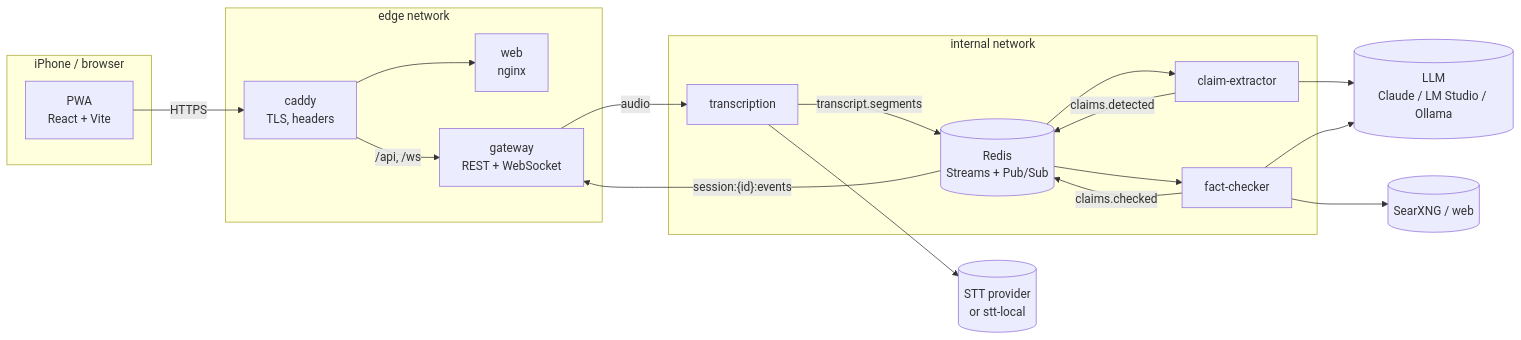
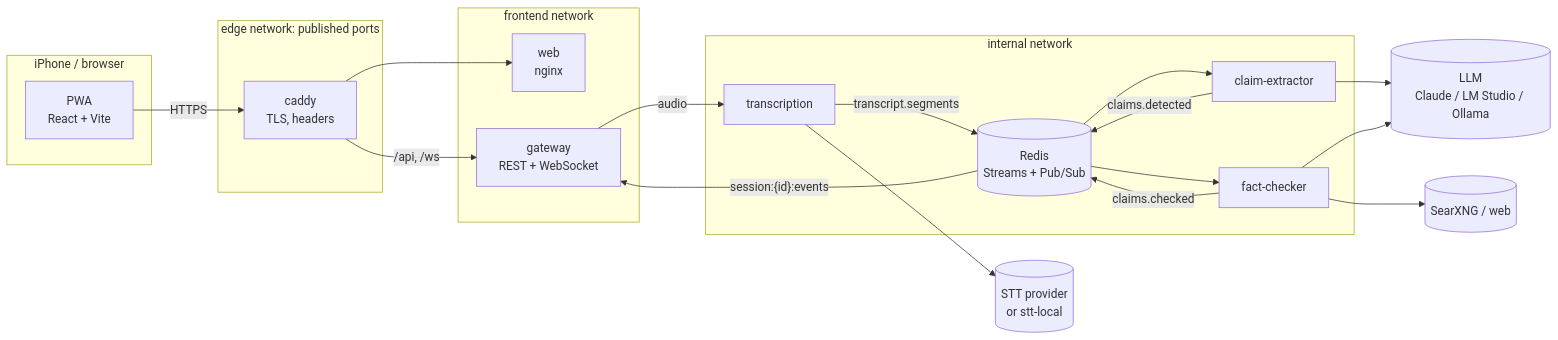
Before and after one commit to marcominervinidev/live-factcheck: the diagram in README.md, drawn with Mermaid. The commit also changed 6 other files, not shown here.

First line of the commit message:
docs: align security docs, ADRs and diagrams with the review fixes

````diff
--- a/README.md
+++ b/README.md
@@ -28,35 +28,37 @@
 ```mermaid
 flowchart LR
   subgraph client[iPhone / browser]
     web[PWA<br/>React + Vite]
   end
-  subgraph edge[edge network]
+  subgraph edge[edge network: published ports]
     caddy[caddy<br/>TLS, headers]
+  end
+  subgraph frontend[frontend network]
     webc[web<br/>nginx]
     gw[gateway<br/>REST + WebSocket]
   end
   subgraph internal[internal network]
     tr[transcription]
     ce[claim-extractor]
     fc[fact-checker]
     redis[(Redis<br/>Streams + Pub/Sub)]
   end
   stt[(STT provider<br/>or stt-local)]
   llm[(LLM<br/>Claude / LM Studio / Ollama)]
   search[(SearXNG / web)]
 
   web -- HTTPS --> caddy
   caddy --> webc
   caddy -- /api, /ws --> gw
   gw -- audio --> tr
   tr --> stt
   tr -- transcript.segments --> redis
   redis --> ce
   ce --> llm
   ce -- claims.detected --> redis
   redis --> fc
   fc --> search
   fc --> llm
   fc -- claims.checked --> redis
   redis -- session:{id}:events --> gw
 ```
````
